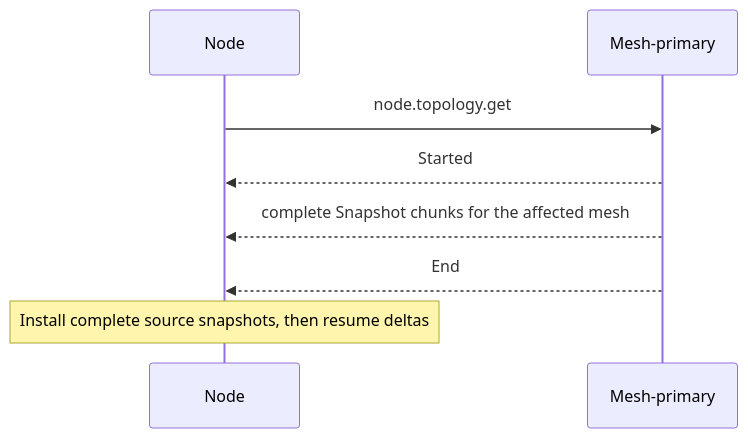
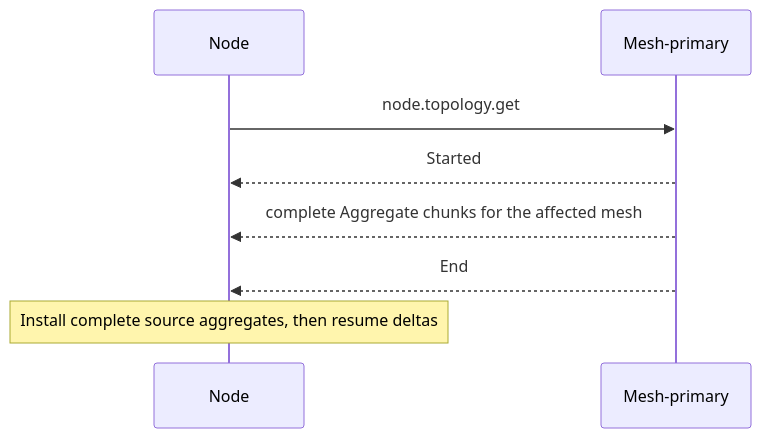
The first of 2 diagrams in docs/architecture/lifecycles/node-topology-get.md (drlukeangel/rust-distributed-mesh), drawn with Mermaid before and after one commit. The commit also changed other lines of this file and 72 other files, not shown here.

First line of the commit message:
refactor(#340): a mesh's topology as a whole is the aggregate, never the snapshot (Q408 proof)

````diff
--- a/docs/architecture/lifecycles/node-topology-get.md
+++ b/docs/architecture/lifecycles/node-topology-get.md
@@ -56,10 +56,10 @@
 ```mermaid
 sequenceDiagram
     participant N as Node
     participant M as Mesh-primary
     N->>M: node.topology.get
     M-->>N: Started
-    M-->>N: complete Snapshot chunks for the affected mesh
+    M-->>N: complete Aggregate chunks for the affected mesh
     M-->>N: End
-    Note over N: Install complete source snapshots, then resume deltas
+    Note over N: Install complete source aggregates, then resume deltas
 ```
````
